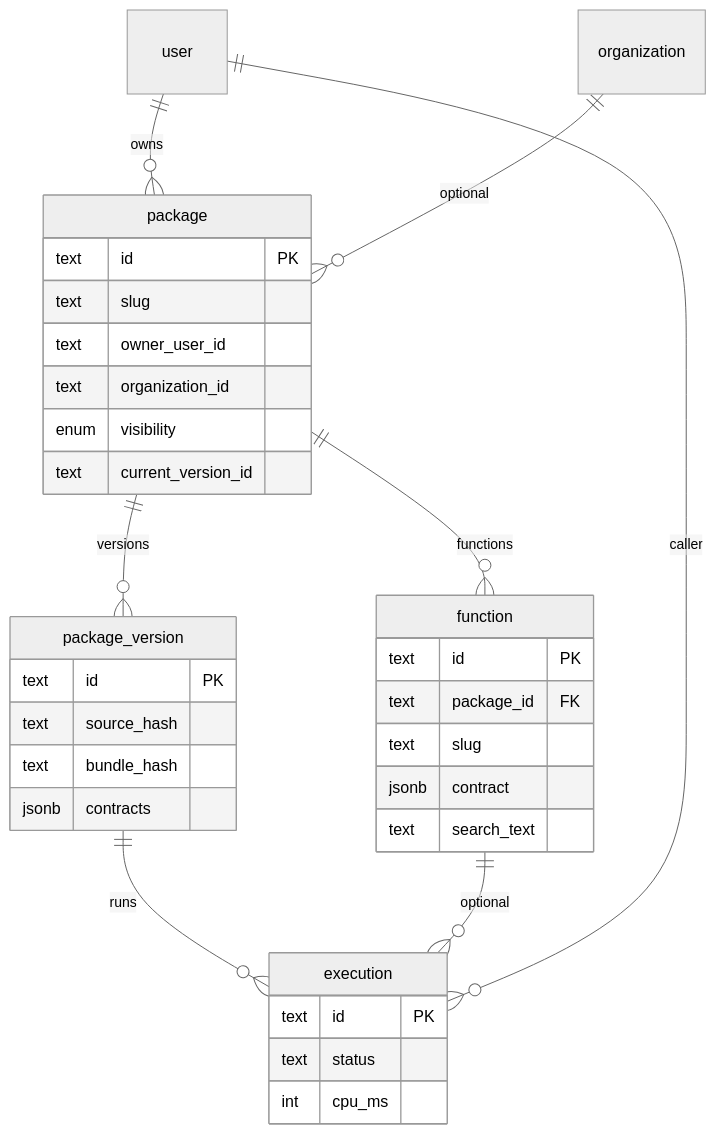
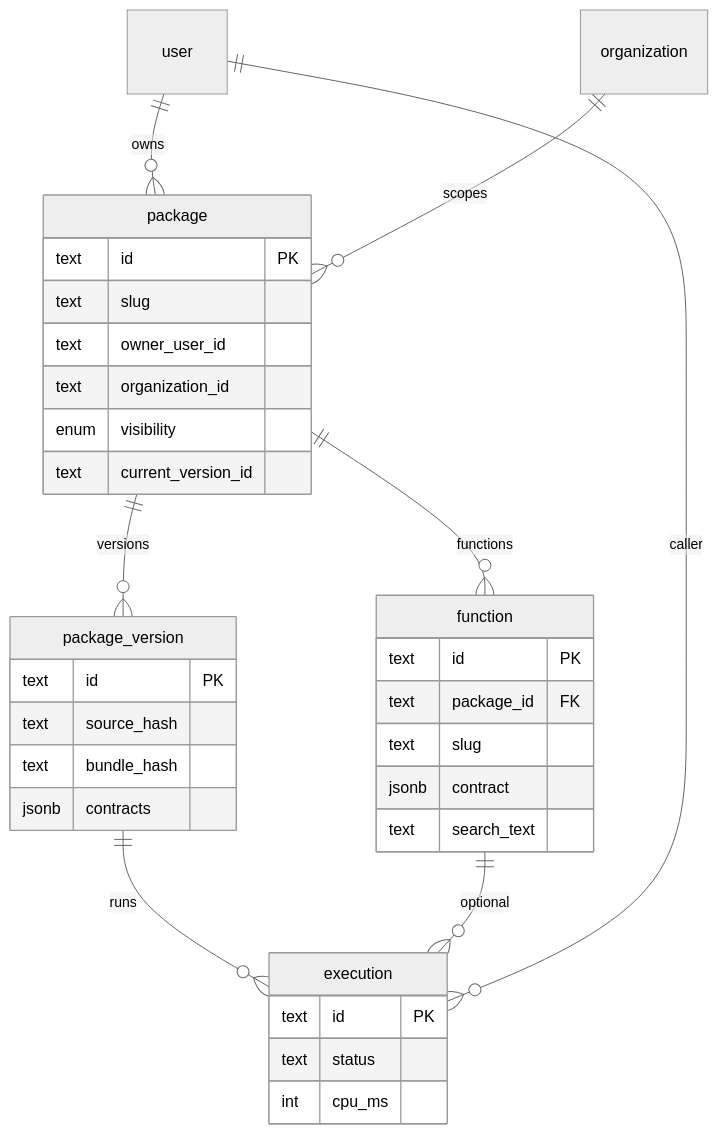
One commit to xmazu/functhis changed the second of 2 diagrams in architecture.md. Above: the diagram before and after it, drawn with Mermaid (neutral theme). The commit also changed other lines of this file and 50 other files, not shown here.

Commit message:
feat: enhance organization workspace onboarding and billing features; update architecture and roadmap documentation to reflect new organizational structure and billing capabilities; integrate Stripe for payment processing and improve user experience in organization management

````diff
--- a/architecture.md
+++ b/architecture.md
@@ -225,37 +225,37 @@
 ```mermaid
 erDiagram
   user ||--o{ package : owns
-  organization ||--o{ package : optional
+  organization ||--o{ package : scopes
   package ||--o{ package_version : versions
   package ||--o{ function : functions
   package_version ||--o{ execution : runs
   function ||--o{ execution : optional
   user ||--o{ execution : caller
 
   package {
     text id PK
     text slug
     text owner_user_id
     text organization_id
     enum visibility
     text current_version_id
   }
   function {
     text id PK
     text package_id FK
     text slug
     jsonb contract
     text search_text
   }
   package_version {
     text id PK
     text source_hash
     text bundle_hash
     jsonb contracts
   }
   execution {
     text id PK
     text status
     int cpu_ms
   }
 ```
````
